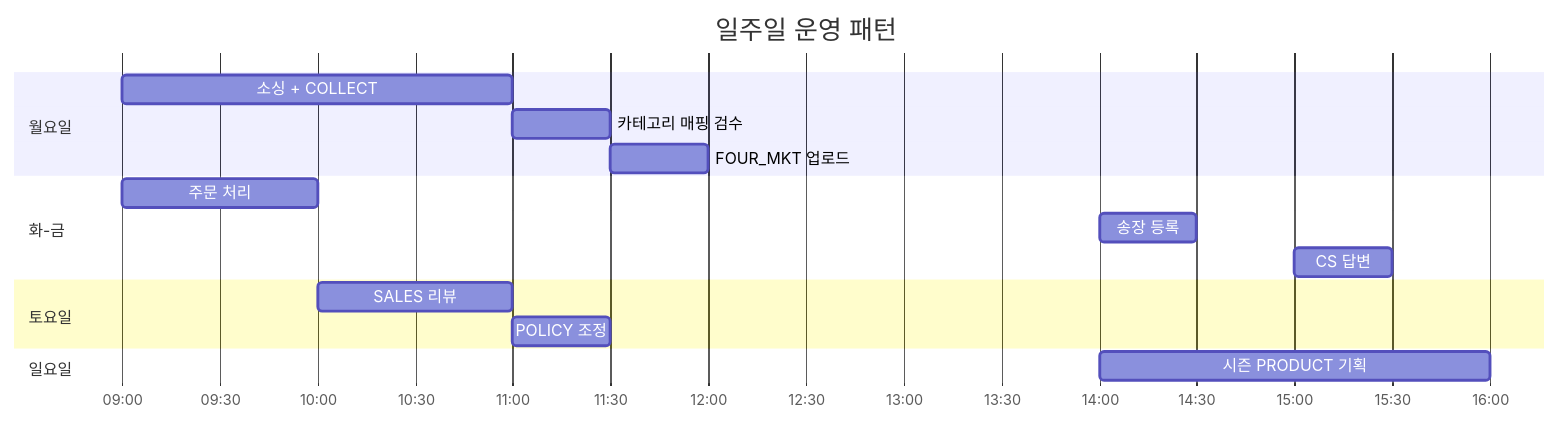
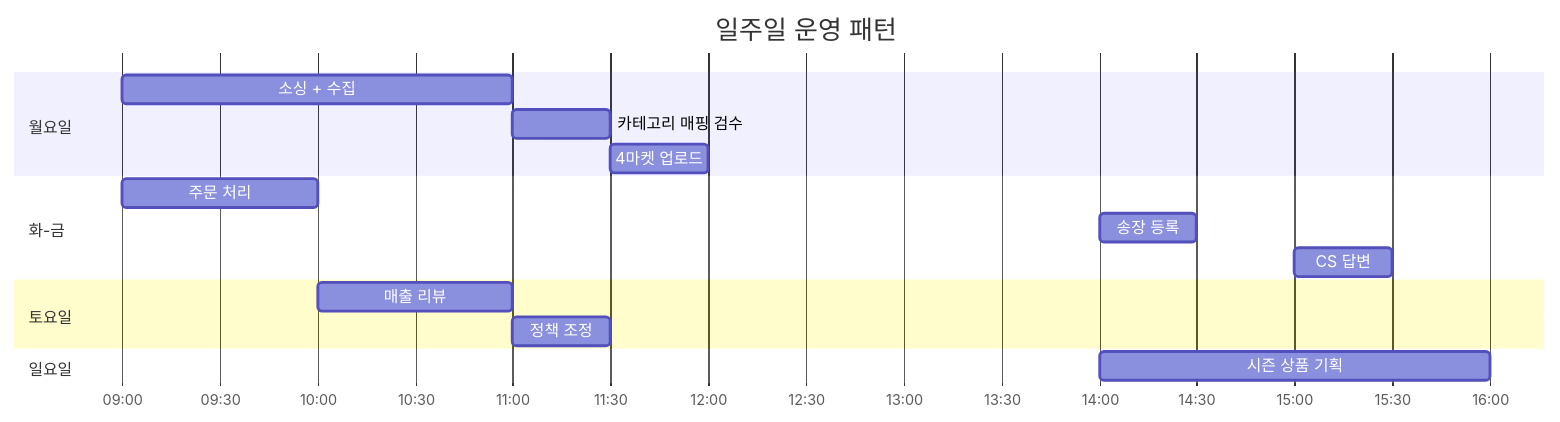
The first of 7 diagrams in docs/05-workflow.md (cksdud5785-design/lonit-manual), drawn with Mermaid before and after one commit. The commit also changed 4 other files, not shown here.

First line of the commit message:
fix: mermaid 라벨 false positive 한국어 복원

````diff
--- a/docs/05-workflow.md
+++ b/docs/05-workflow.md
@@ -11,23 +11,23 @@
 ```mermaid
 gantt
     title 일주일 운영 패턴
     dateFormat HH:mm
     axisFormat %H:%M
     
     section 월요일
-    소싱 + COLLECT           :a1, 09:00, 2h
-    카테고리 매핑 검수     :a2, 11:00, 30m
-    FOUR_MKT 업로드          :a3, 11:30, 30m
+    소싱 + 수집             :a1, 09:00, 2h
+    카테고리 매핑 검수      :a2, 11:00, 30m
+    4마켓 업로드            :a3, 11:30, 30m
     
     section 화-금
-    주문 처리             :b1, 09:00, 1h
-    송장 등록             :b2, 14:00, 30m
-    CS 답변               :b3, 15:00, 30m
+    주문 처리              :b1, 09:00, 1h
+    송장 등록              :b2, 14:00, 30m
+    CS 답변                :b3, 15:00, 30m
     
     section 토요일
-    SALES 리뷰             :c1, 10:00, 1h
-    POLICY 조정             :c2, 11:00, 30m
+    매출 리뷰              :c1, 10:00, 1h
+    정책 조정              :c2, 11:00, 30m
     
     section 일요일
-    시즌 PRODUCT 기획         :d1, 14:00, 2h
+    시즌 상품 기획         :d1, 14:00, 2h
 ```
````
